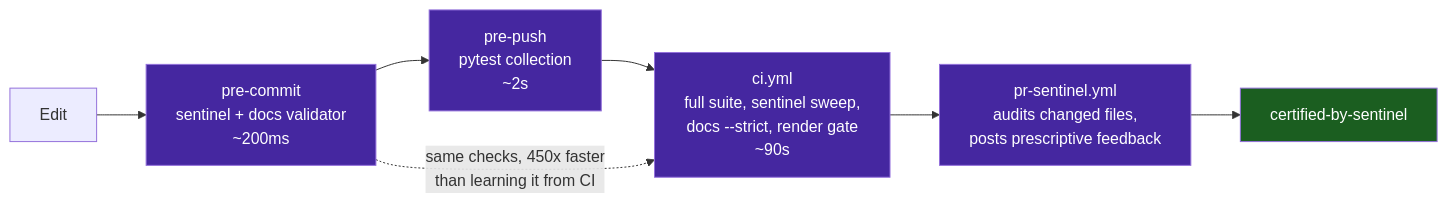
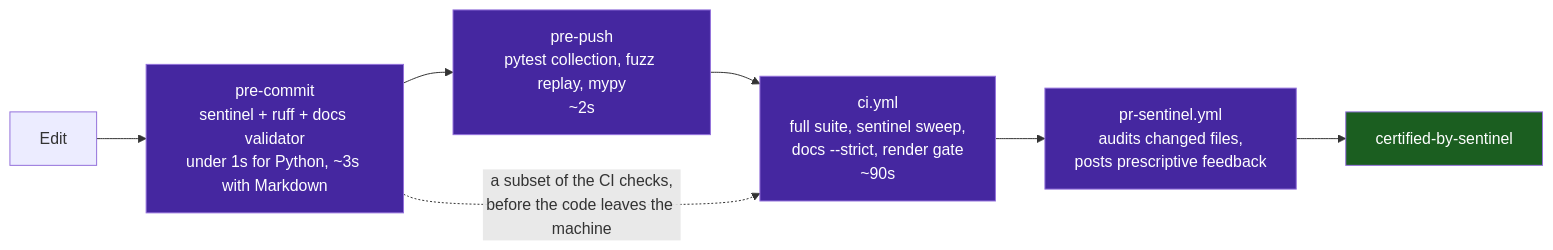
Before and after one commit to dan-petty/vibes: the diagram in CONTRIBUTING.md, drawn with Mermaid. The commit also changed other lines of this file and 248 other files, not shown here.

````diff
--- a/CONTRIBUTING.md
+++ b/CONTRIBUTING.md
@@ -136,13 +137,13 @@
 ```mermaid
 flowchart LR
     classDef accent fill:#4527a0,color:#fff
     classDef success fill:#1b5e20,color:#fff
 
-    Edit["Edit"] --> PC["pre-commit<br/>sentinel + docs validator<br/>~200ms"]:::accent
-    PC --> PP["pre-push<br/>pytest collection<br/>~2s"]:::accent
+    Edit["Edit"] --> PC["pre-commit<br/>sentinel + ruff + docs validator<br/>under 1s for Python, ~3s with Markdown"]:::accent
+    PC --> PP["pre-push<br/>pytest collection, fuzz replay, mypy<br/>~2s"]:::accent
     PP --> CI["ci.yml<br/>full suite, sentinel sweep,<br/>docs --strict, render gate<br/>~90s"]:::accent
     CI --> PRS["pr-sentinel.yml<br/>audits changed files,<br/>posts prescriptive feedback"]:::accent
     PRS --> Cert["certified-by-sentinel"]:::success
 
-    PC -.->|"same checks, 450x faster<br/>than learning it from CI"| CI
+    PC -.->|"a subset of the CI checks,<br/>before the code leaves the machine"| CI
 ```
````
